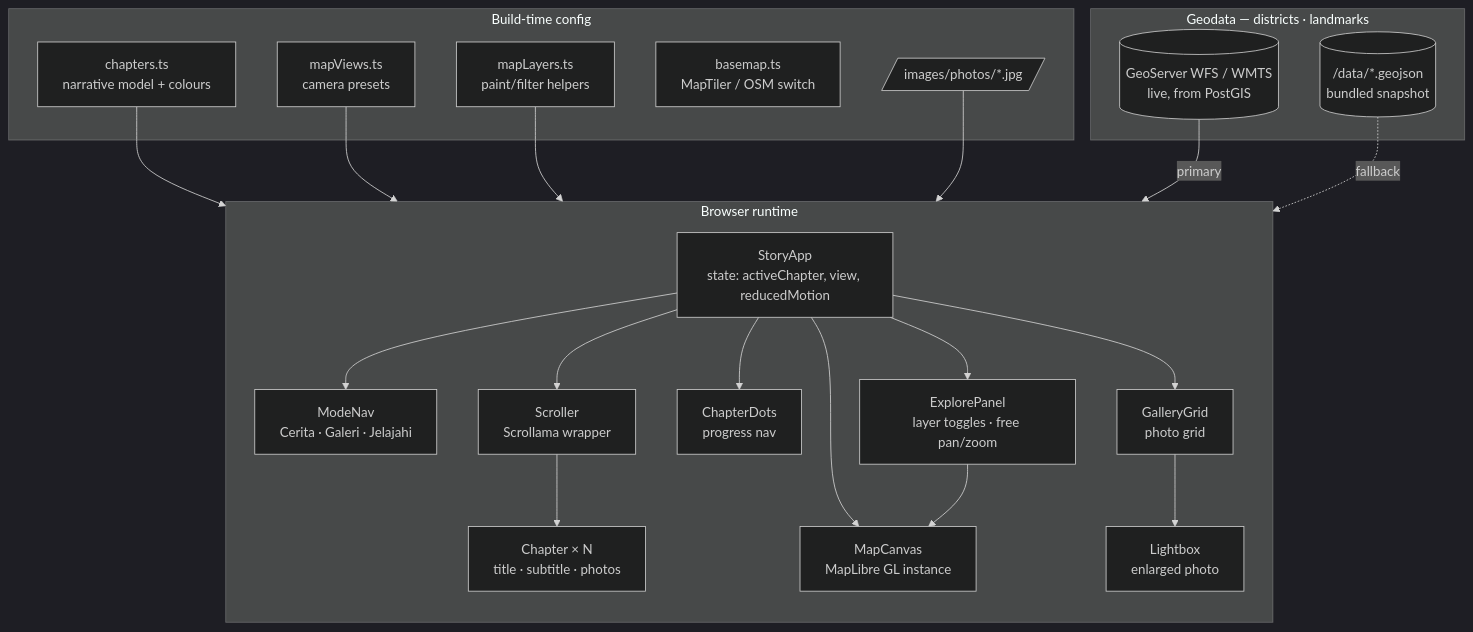
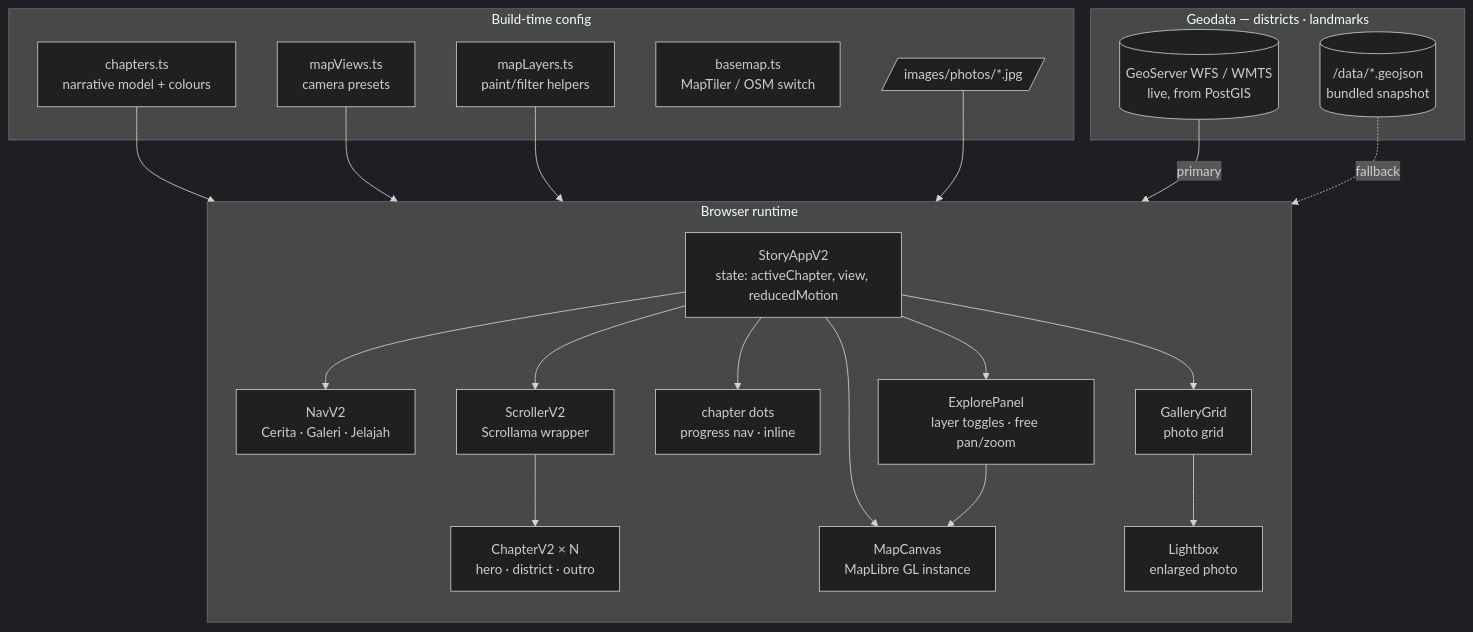
The second of 11 diagrams in docs/architecture.md (mahardisetyoso/jkt-webgis-catalyze), drawn with Mermaid (dark theme) before and after one commit. The commit also changed other lines of this file and 3 other files, not shown here.

First line of the commit message:
docs: update README, architecture and tech-stack for the v2 redesign

````diff
--- a/docs/architecture.md
+++ b/docs/architecture.md
@@ -72,44 +72,44 @@
 ```mermaid
 flowchart TB
     subgraph browser[Browser runtime]
         direction TB
-        story[StoryApp<br/>state: activeChapter, view, reducedMotion]
-        nav[ModeNav<br/>Cerita · Galeri · Jelajahi]
-        scroller[Scroller<br/>Scrollama wrapper]
-        chapter[Chapter × N<br/>title · subtitle · photos]
-        dots[ChapterDots<br/>progress nav]
+        story[StoryAppV2<br/>state: activeChapter, view, reducedMotion]
+        nav[NavV2<br/>Cerita · Galeri · Jelajah]
+        scroller[ScrollerV2<br/>Scrollama wrapper]
+        chapter[ChapterV2 × N<br/>hero · district · outro]
+        dots[chapter dots<br/>progress nav · inline]
         map[MapCanvas<br/>MapLibre GL instance]
         explore[ExplorePanel<br/>layer toggles · free pan/zoom]
         gallery[GalleryGrid<br/>photo grid]
         lightbox[Lightbox<br/>enlarged photo]
         story --> nav
         story --> scroller
         scroller --> chapter
         story --> dots
         story --> map
         story --> explore
         explore --> map
         story --> gallery
         gallery --> lightbox
     end
 
     subgraph config[Build-time config]
         chapters[chapters.ts<br/>narrative model + colours]
         views[mapViews.ts<br/>camera presets]
         layers[mapLayers.ts<br/>paint/filter helpers]
         basemap[basemap.ts<br/>MapTiler / OSM switch]
         images[/images/photos/*.jpg/]
     end
 
     subgraph data[Geodata — districts · landmarks]
         live[(GeoServer WFS / WMTS<br/>live, from PostGIS)]
         snap[(/data/*.geojson<br/>bundled snapshot)]
     end
 
     chapters --> story
     views --> story
     layers --> map
     live -->|primary| map
     snap -.->|fallback| map
     images --> chapter
 ```
````
